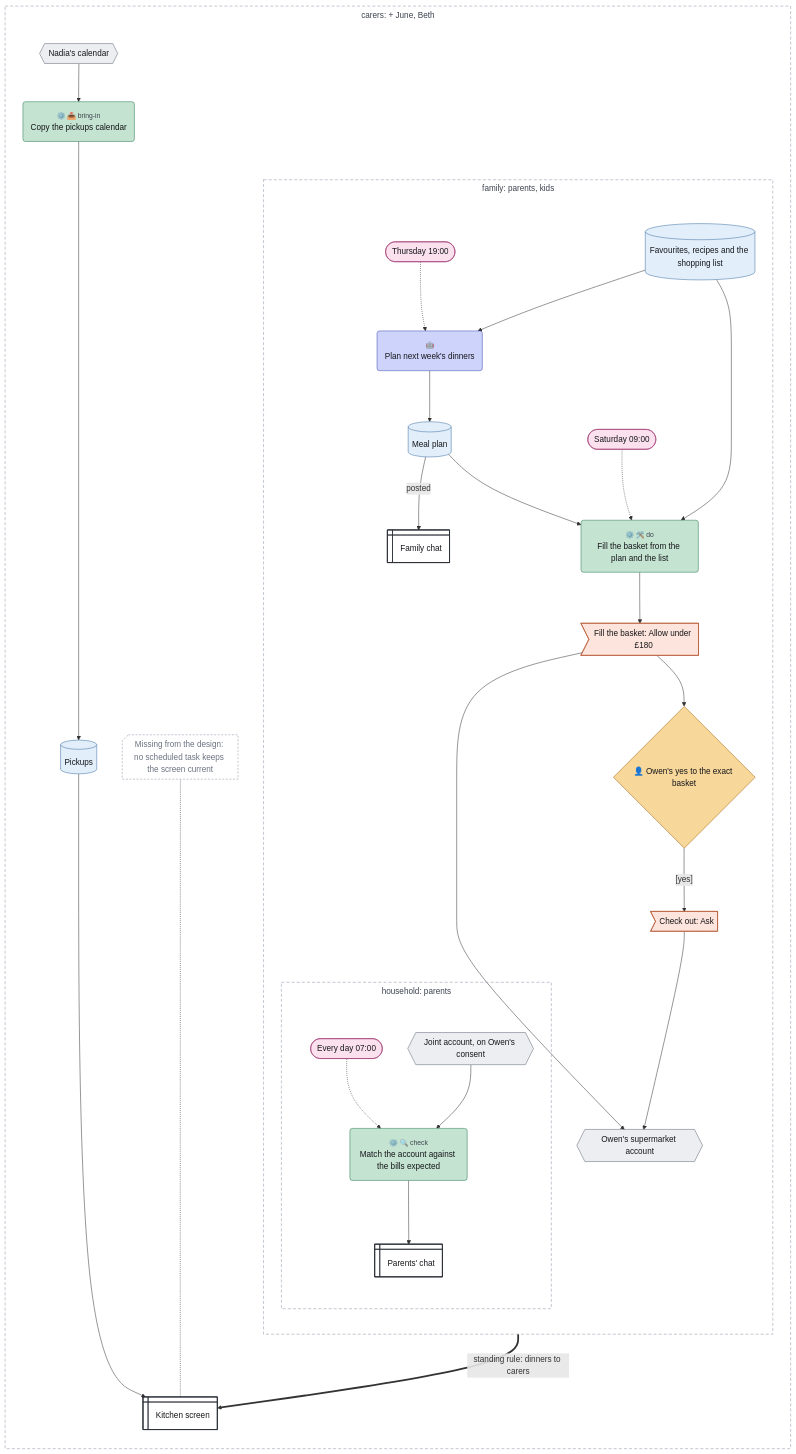
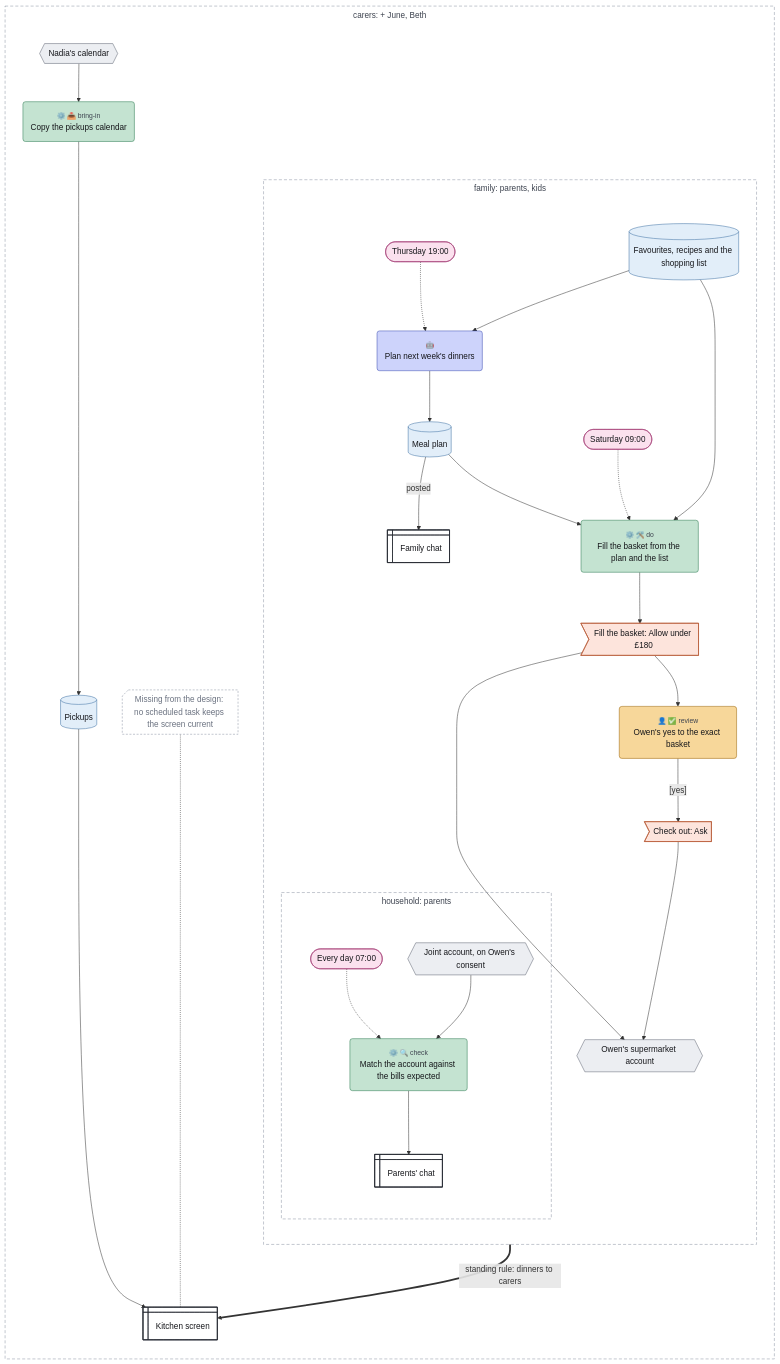
Before and after one commit to chrismdp/awml: the diagram in examples/dinners-scopes.mmd, drawn with Mermaid. The commit also changed 19 other files, not shown here.

```diff
--- a/examples/dinners-scopes.mmd
+++ b/examples/dinners-scopes.mmd
@@ -1,82 +1,82 @@
 ---
 config:
   theme: default
   flowchart:
     useMaxWidth: false
     subGraphTitleMargin:
       top: 6
       bottom: 30
 ---
 flowchart TB
   subgraph carers["carers: + June, Beth"]
     direction TB
     calendar{{"Nadia's calendar"}}
     copy("<small style='color:#3d434f'>⚙️ 📥 bring-in</small><br>Copy the pickups calendar")
     pickups[("Pickups")]
     screen@{ shape: win-pane, label: "Kitchen screen" }
     screen_gap@{ shape: notch-rect, label: "Missing from the design: no scheduled task keeps the screen current" }
     subgraph family["family: parents, kids"]
       direction TB
       thu(["Thursday 19:00"])
       sat(["Saturday 09:00"])
       favourites[("Favourites, recipes and the shopping list")]
       plan("<small style='color:#3d434f'>🤖</small><br>Plan next week's dinners")
       mealplan[("Meal plan")]
       chat@{ shape: win-pane, label: "Family chat" }
       fill("<small style='color:#3d434f'>⚙️ 🛠️ do</small><br>Fill the basket from the plan and the list")
       basket>"Fill the basket: Allow under £180"]
-      approve{"👤 Owen's yes to the exact basket"}
+      approve("<small style='color:#3d434f'>👤 ✅ review</small><br>Owen's yes to the exact basket")
       checkout>"Check out: Ask"]
       shop{{"Owen's supermarket account"}}
       subgraph household["household: parents"]
         direction TB
         daily(["Every day 07:00"])
         bank{{"Joint account, on Owen's consent"}}
         match("<small style='color:#3d434f'>⚙️ 🔍 check</small><br>Match the account against the bills expected")
         parents_chat@{ shape: win-pane, label: "Parents' chat" }
       end
     end
   end
 
   thu -.-> plan
   favourites --> plan
   plan --> mealplan
   mealplan -->|"posted"| chat
   sat -.-> fill
   mealplan --> fill
   favourites --> fill
   fill --> basket
   basket --> shop
   basket --> approve
   approve -->|"[yes]"| checkout
   checkout --> shop
   calendar --> copy
   copy --> pickups
   pickups --> screen
   mealplan ==>|"standing rule: dinners to carers"| screen
   screen_gap -.- screen
   daily -.-> match
   bank --> match
   match --> parents_chat
   classDef trig fill:#fbe1ee,stroke:#a33a74,color:#16171b
   classDef ctx fill:#e2eef9,stroke:#3d6fa3,color:#16171b
   classDef con fill:#eceef2,stroke:#5d6472,color:#16171b
   classDef surf fill:#ffffff,stroke:#2a2d35,stroke-width:1.5px,color:#16171b
   classDef out fill:#fde4dc,stroke:#b5532f,color:#16171b
   classDef ai fill:#cdd3fb,stroke:#3b4bb0,color:#16171b
   classDef rule fill:#c4e3d1,stroke:#2b7a4f,color:#16171b
   classDef human fill:#f7d79a,stroke:#9a6100,color:#16171b
   classDef uml fill:#16171b,stroke:#16171b,color:#16171b
   classDef gap fill:#ffffff,stroke:#8a93a3,stroke-dasharray:4 3,color:#6b7280
   class thu,sat,daily trig
   class pickups,favourites,mealplan ctx
   class calendar,shop,bank con
   class screen,chat,parents_chat surf
   class basket,checkout out
   class plan ai
   class copy,fill,match rule
   class approve human
   class screen_gap gap
   style carers fill:transparent,stroke:#8a93a3,stroke-dasharray:6 4,color:#3d434f
   style family fill:transparent,stroke:#8a93a3,stroke-dasharray:6 4,color:#3d434f
   style household fill:transparent,stroke:#8a93a3,stroke-dasharray:6 4,color:#3d434f
```
